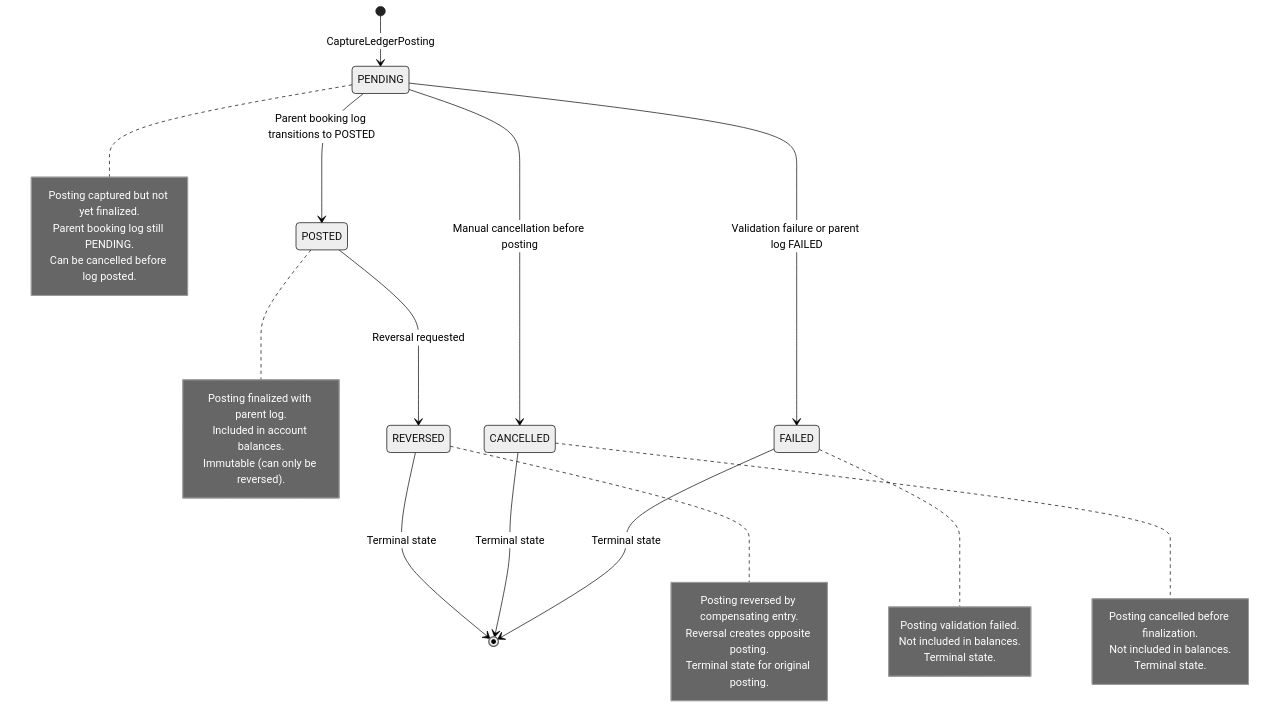
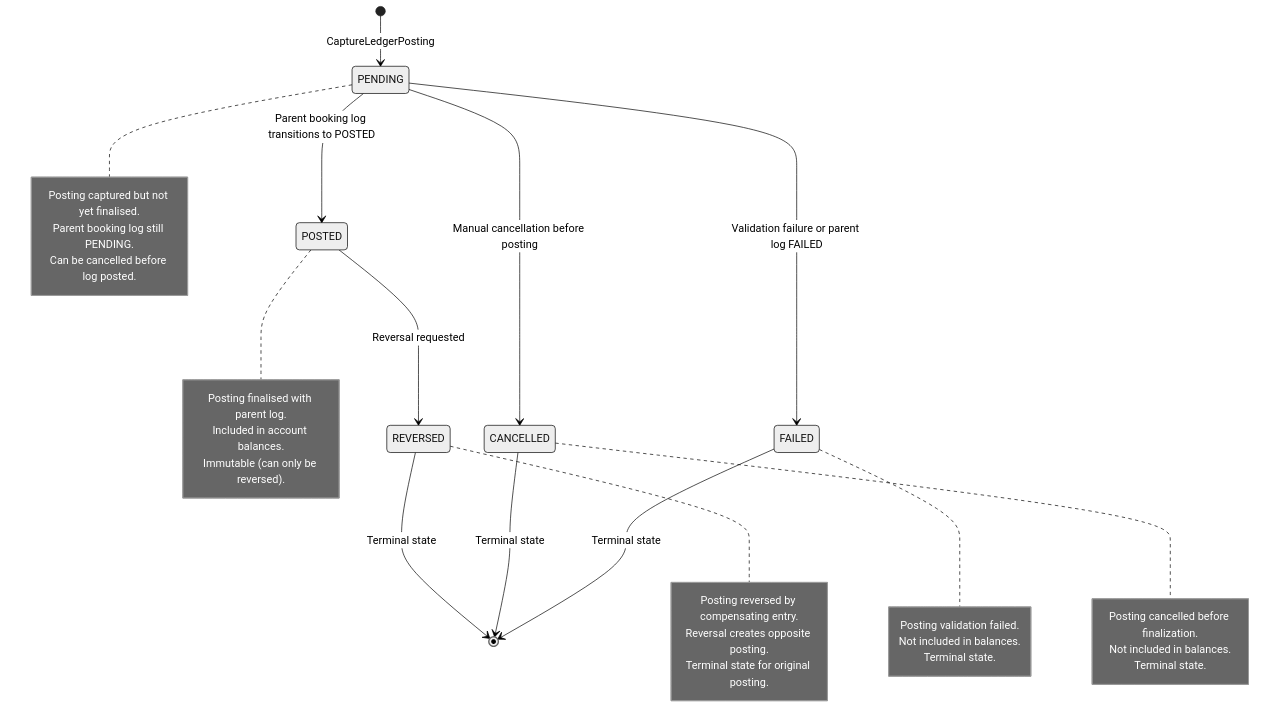
The second of 2 diagrams in docs/architecture/api-contracts/financial-accounting-contract.md (meridianhub/meridian), drawn with Mermaid (neutral theme) before and after one commit. The commit also changed other lines of this file and 126 other files, not shown here.

````diff
--- a/docs/architecture/api-contracts/financial-accounting-contract.md
+++ b/docs/architecture/api-contracts/financial-accounting-contract.md
@@ -74,41 +74,41 @@
 ```mermaid
 stateDiagram-v2
     [*] --> PENDING: CaptureLedgerPosting
     PENDING --> POSTED: Parent booking log transitions to POSTED
     PENDING --> FAILED: Validation failure or parent log FAILED
     PENDING --> CANCELLED: Manual cancellation before posting
     POSTED --> REVERSED: Reversal requested
     FAILED --> [*]: Terminal state
     CANCELLED --> [*]: Terminal state
     REVERSED --> [*]: Terminal state
 
     note right of PENDING
-        Posting captured but not yet finalized.
+        Posting captured but not yet finalised.
         Parent booking log still PENDING.
         Can be cancelled before log posted.
     end note
 
     note right of POSTED
-        Posting finalized with parent log.
+        Posting finalised with parent log.
         Included in account balances.
         Immutable (can only be reversed).
     end note
 
     note right of FAILED
         Posting validation failed.
         Not included in balances.
         Terminal state.
     end note
 
     note right of CANCELLED
         Posting cancelled before finalization.
         Not included in balances.
         Terminal state.
     end note
 
     note right of REVERSED
         Posting reversed by compensating entry.
         Reversal creates opposite posting.
         Terminal state for original posting.
     end note
 ```
````
